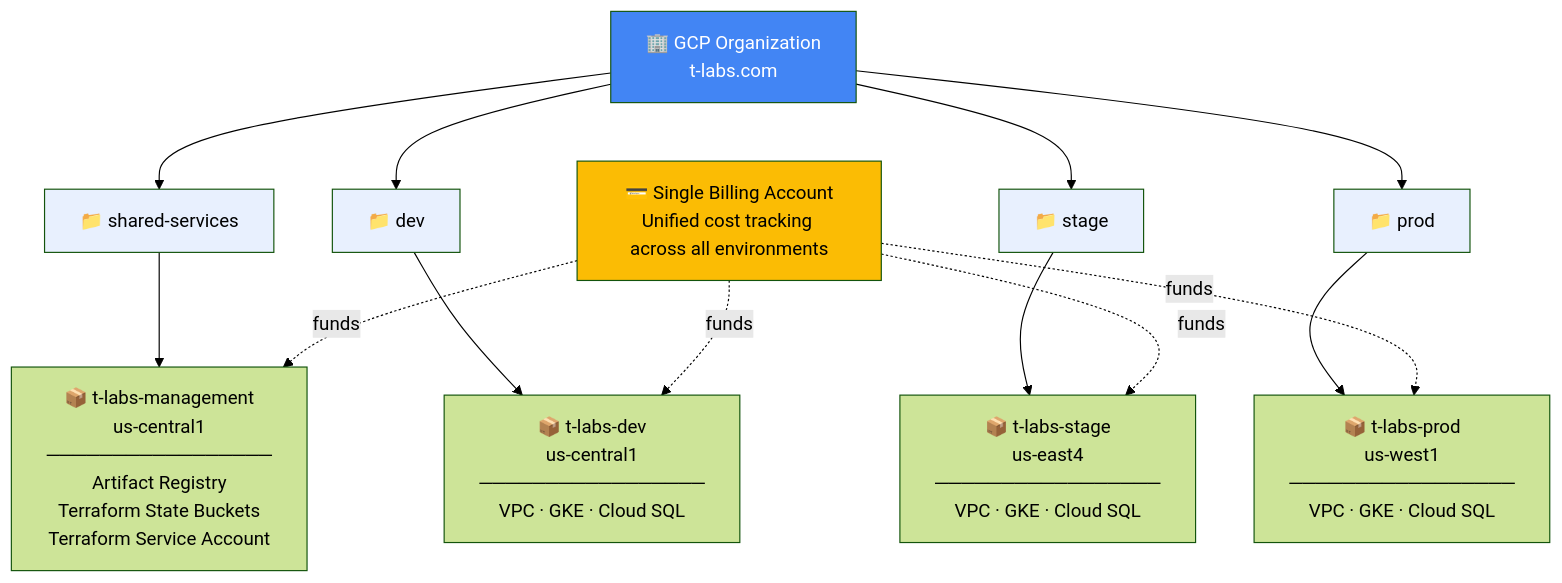
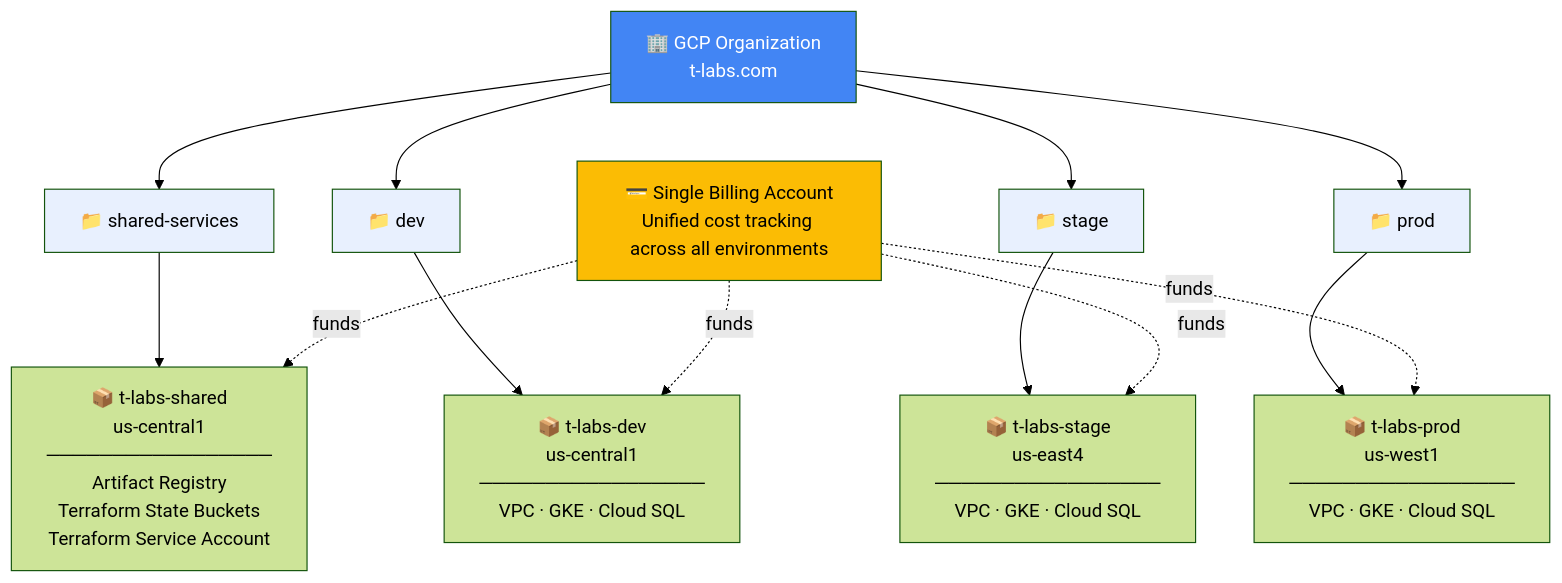
The first of 4 diagrams in README.md (arpeetk/t-labs), drawn with Mermaid (forest theme) before and after one commit. The commit also changed other lines of this file and 16 other files, not shown here.

First line of the commit message:
Rename management → shared project, add org policies and audit logging

````diff
--- a/README.md
+++ b/README.md
@@ -11,28 +11,28 @@
 ```mermaid
 graph TD
     ORG["🏢 GCP Organization<br/>t-labs.com"]
     BA["💳 Single Billing Account<br/>Unified cost tracking across all environments"]
 
     ORG --> FS["📁 shared-services"]
     ORG --> FD["📁 dev"]
     ORG --> FST["📁 stage"]
     ORG --> FP["📁 prod"]
 
-    FS --> PM["📦 t-labs-management<br/>us-central1<br/>─────────────────<br/>Artifact Registry<br/>Terraform State Buckets<br/>Terraform Service Account"]
+    FS --> PM["📦 t-labs-shared<br/>us-central1<br/>─────────────────<br/>Artifact Registry<br/>Terraform State Buckets<br/>Terraform Service Account"]
 
     FD --> PD["📦 t-labs-dev<br/>us-central1<br/>─────────────────<br/>VPC · GKE · Cloud SQL"]
     FST --> PST["📦 t-labs-stage<br/>us-east4<br/>─────────────────<br/>VPC · GKE · Cloud SQL"]
     FP --> PP["📦 t-labs-prod<br/>us-west1<br/>─────────────────<br/>VPC · GKE · Cloud SQL"]
 
     BA -.->|funds| PM
     BA -.->|funds| PD
     BA -.->|funds| PST
     BA -.->|funds| PP
 
     style ORG fill:#4285F4,color:#fff
     style BA fill:#fbbc04,color:#000
     style FS fill:#e8f0fe
     style FD fill:#e8f0fe
     style FST fill:#e8f0fe
     style FP fill:#e8f0fe
 ```
````
